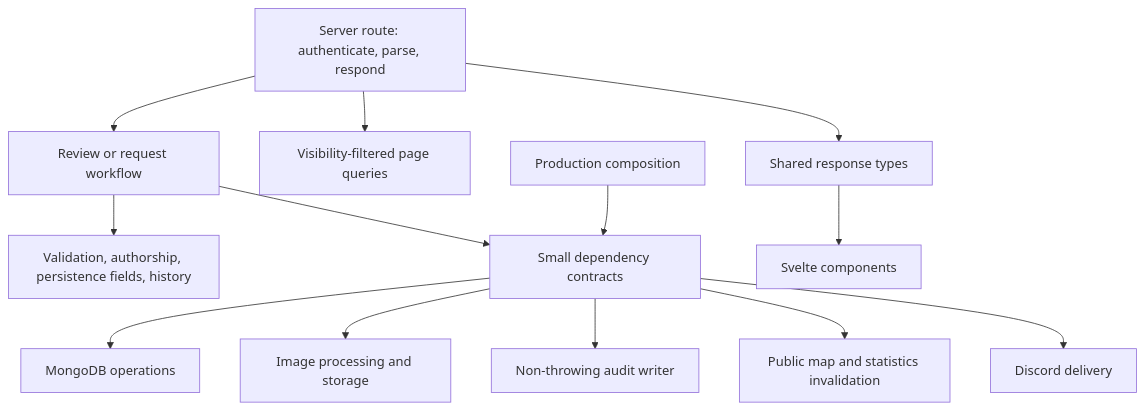
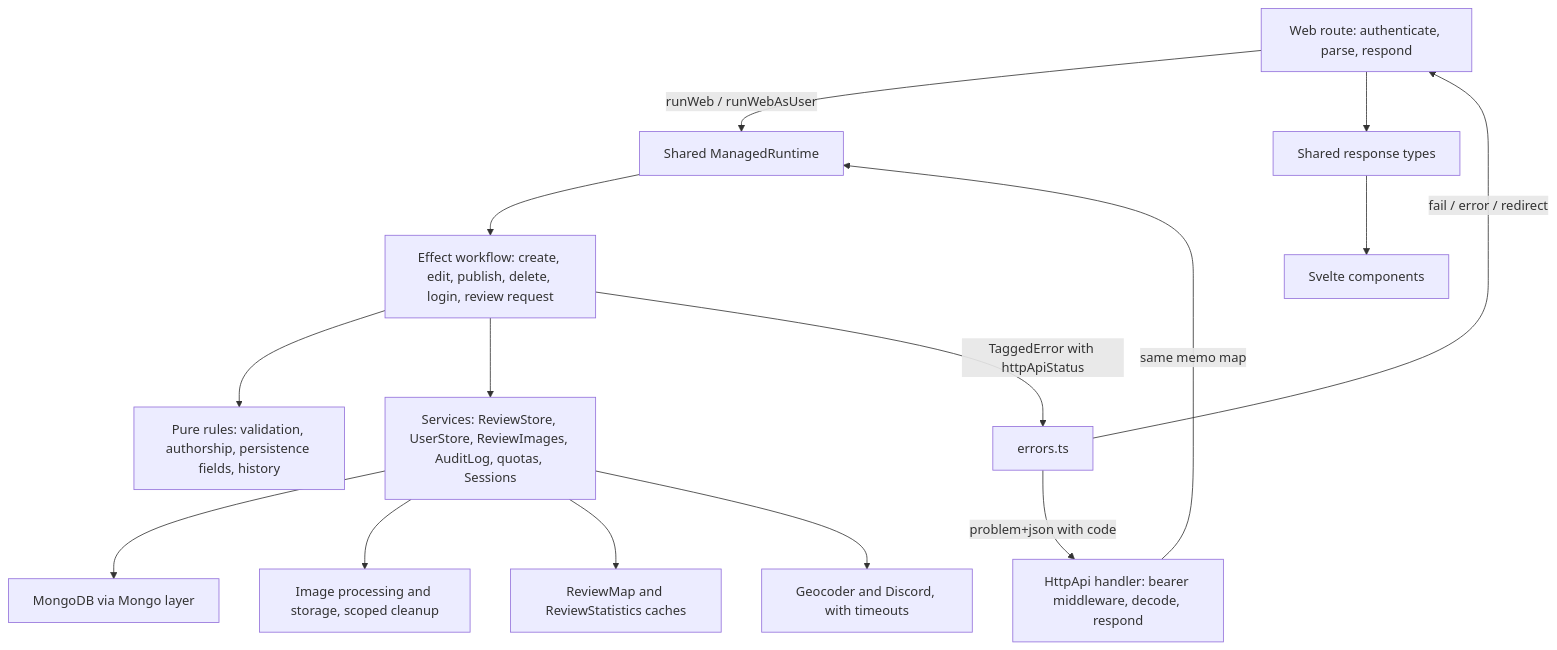
The diagram in docs/architecture.md (jonathan-lindqvist/enstorstarkreview), drawn with Mermaid before and after one commit. The commit also changed other lines of this file and 21 other files, not shown here.

Commit message:
docs: describe the Effect runtime, HttpApi and test layers

````diff
--- a/docs/architecture.md
+++ b/docs/architecture.md
@@ -28,15 +29,17 @@
 ```mermaid
 flowchart TD
-    Route[Server route: authenticate, parse, respond] --> Workflow[Review or request workflow]
-    Route --> Load[Visibility-filtered page queries]
-    Workflow --> Rules[Validation, authorship, persistence fields, history]
-    Workflow --> Dependencies[Small dependency contracts]
-    Wiring[Production composition] --> Dependencies
-    Dependencies --> Mongo[MongoDB operations]
-    Dependencies --> Images[Image processing and storage]
-    Dependencies --> Audit[Non-throwing audit writer]
-    Dependencies --> Cache[Public map and statistics invalidation]
-    Dependencies --> Delivery[Discord delivery]
+    Route[Web route: authenticate, parse, respond] -->|runWeb / runWebAsUser| Runtime[Shared ManagedRuntime]
+    Api[HttpApi handler: bearer middleware, decode, respond] -->|same memo map| Runtime
+    Runtime --> Workflow[Effect workflow: create, edit, publish, delete, login, review request]
+    Workflow --> Rules[Pure rules: validation, authorship, persistence fields, history]
+    Workflow --> Services[Services: ReviewStore, UserStore, ReviewImages, AuditLog, quotas, Sessions]
+    Workflow -->|TaggedError with httpApiStatus| Errors[errors.ts]
+    Errors -->|fail / error / redirect| Route
+    Errors -->|problem+json with code| Api
+    Services --> Mongo[MongoDB via Mongo layer]
+    Services --> Images[Image processing and storage, scoped cleanup]
+    Services --> Cache[ReviewMap and ReviewStatistics caches]
+    Services --> Delivery[Geocoder and Discord, with timeouts]
     Route --> Types[Shared response types]
     Types --> UI[Svelte components]
 ```
````
